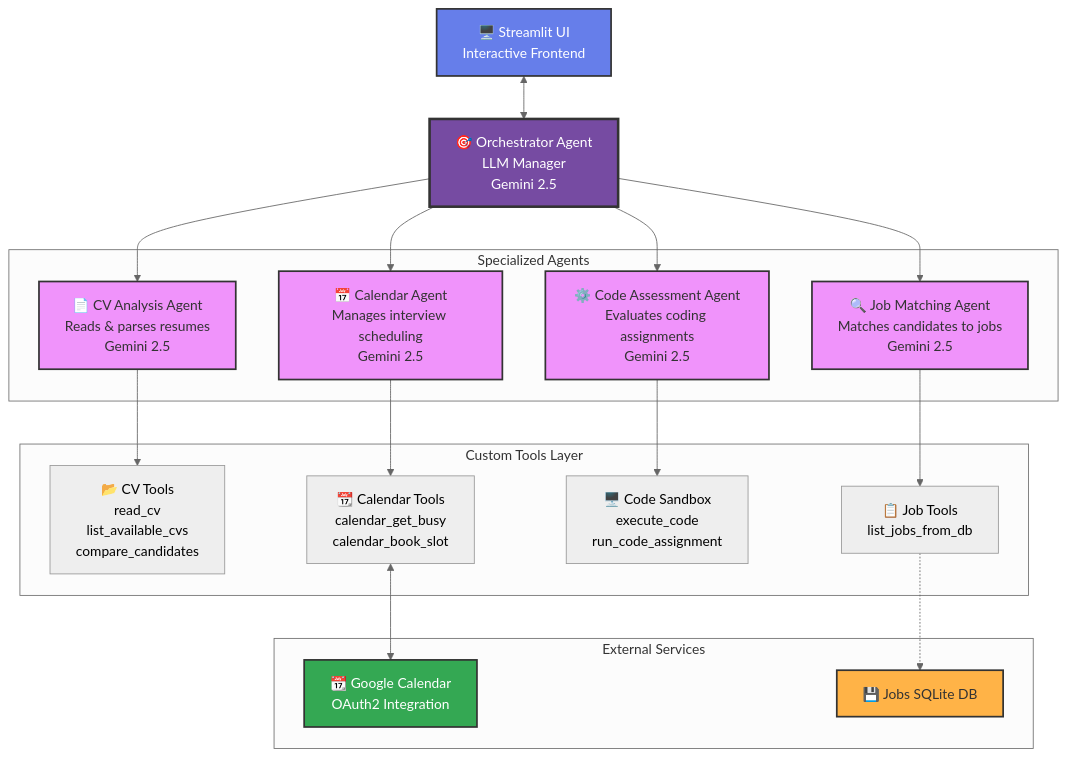
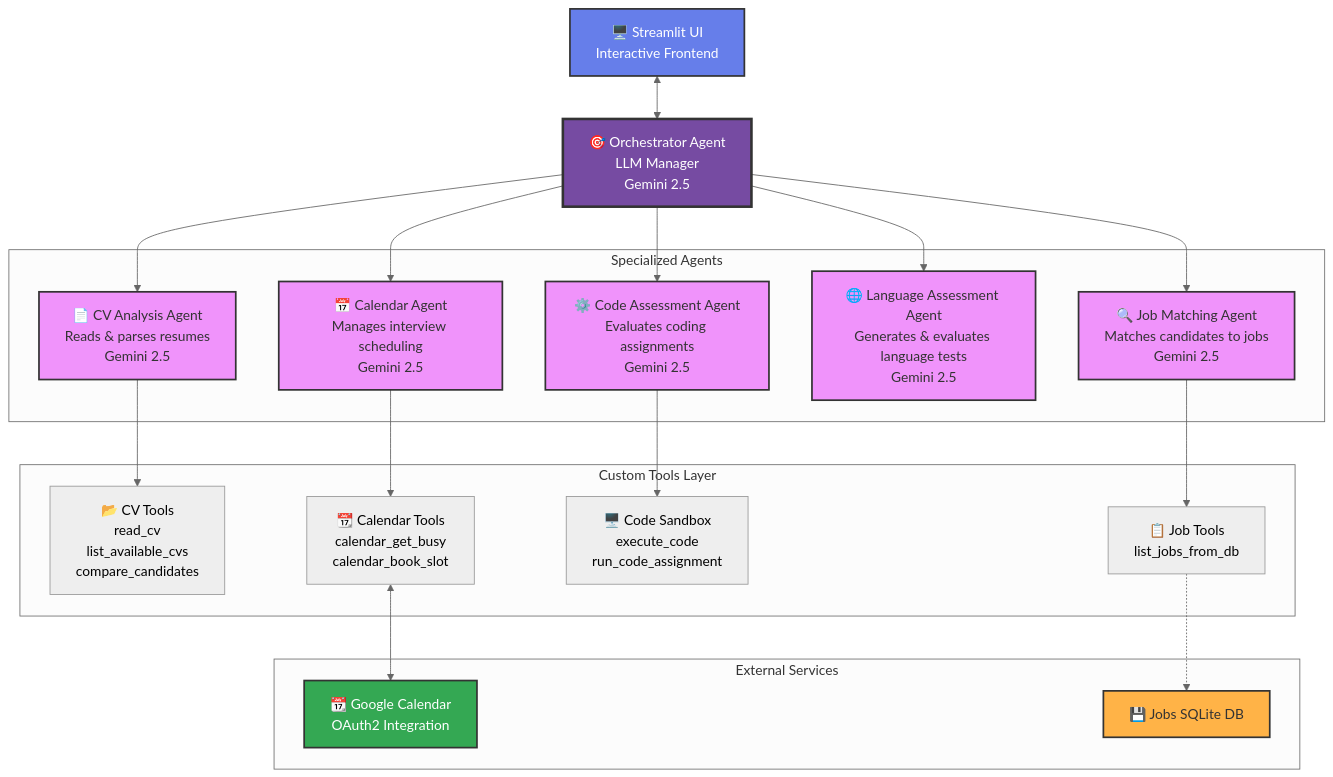
One commit to pitdagosti/agere-capstone-project-google-kaggle changed the diagram in README.md. Above: the diagram before and after it, drawn with Mermaid (neutral theme). The commit also changed other lines of this file, not shown here.

First line of the commit message:
Enhance README with language assessment details

`````diff
--- a/README.md
+++ b/README.md
@@ -70,47 +81,50 @@
 ```mermaid
 graph TB
     UI[🖥️ Streamlit UI<br/>Interactive Frontend]
     ORCH[🎯 Orchestrator Agent<br/>LLM Manager<br/>Gemini 2.5]
 
     subgraph "Specialized Agents"
         CV[📄 CV Analysis Agent<br/>Reads & parses resumes<br/>Gemini 2.5]
         JOB[🔍 Job Matching Agent<br/>Matches candidates to jobs<br/>Gemini 2.5]
         CODE[⚙️ Code Assessment Agent<br/>Evaluates coding assignments<br/>Gemini 2.5]
+        LANG[🌐 Language Assessment Agent<br/>Generates & evaluates language tests<br/>Gemini 2.5]
         CAL[📅 Calendar Agent<br/>Manages interview scheduling<br/>Gemini 2.5]
     end
 
     subgraph "Custom Tools Layer"
         CVTOOLS[📂 CV Tools<br/>read_cv<br/>list_available_cvs<br/>compare_candidates]
         JOBTOOLS[📋 Job Tools<br/>list_jobs_from_db]
         SANDBOX[🖥️ Code Sandbox<br/>execute_code<br/>run_code_assignment]
         CALTOOLS[📆 Calendar Tools<br/>calendar_get_busy<br/>calendar_book_slot]
     end
 
     subgraph "External Services"
         GCAL[📆 Google Calendar<br/>OAuth2 Integration]
         JOBDB[💾 Jobs SQLite DB]
     end
 
     UI <--> ORCH
     ORCH --> CV
     ORCH --> JOB
     ORCH --> CODE
+    ORCH --> LANG
     ORCH --> CAL
 
     CV --> CVTOOLS
     JOB --> JOBTOOLS
     CODE --> SANDBOX
     CAL --> CALTOOLS
 
     JOBTOOLS -.-> JOBDB
     CALTOOLS <--> GCAL
 
     style UI fill:#667eea,stroke:#333,stroke-width:2px,color:#fff
     style ORCH fill:#764ba2,stroke:#333,stroke-width:3px,color:#fff
     style CV fill:#f093fb,stroke:#333,stroke-width:2px,color:#333
     style JOB fill:#f093fb,stroke:#333,stroke-width:2px,color:#333
     style CODE fill:#f093fb,stroke:#333,stroke-width:2px,color:#333
+    style LANG fill:#f093fb,stroke:#333,stroke-width:2px,color:#333
     style CAL fill:#f093fb,stroke:#333,stroke-width:2px,color:#333
     style GCAL fill:#34a853,stroke:#333,stroke-width:2px,color:#fff
     style JOBDB fill:#ffb347,stroke:#333,stroke-width:2px,color:#333
-````
+```
`````
